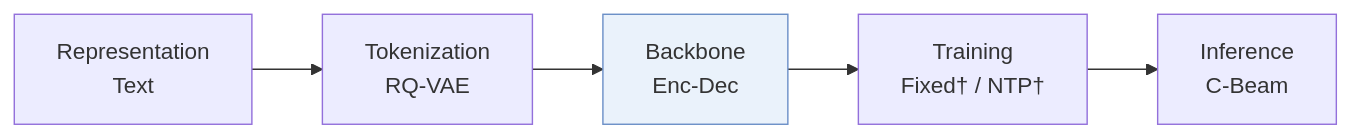
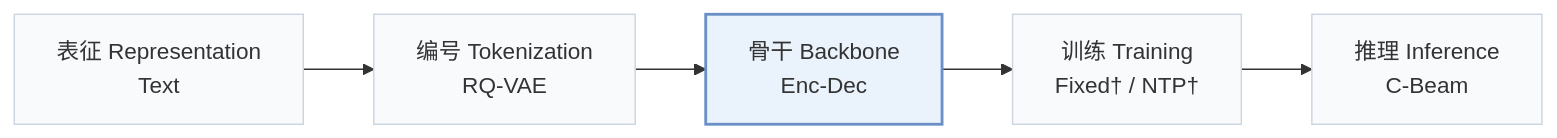
The first of 2 diagrams in pages/zh/papers/trierec.md (Galaxy-ghost/Awesome-SID-Generative-Rec), drawn with Mermaid before and after one commit. The commit also changed other lines of this file and 649 other files, not shown here.

Commit message:
writer-05: also tags and modality index (schema, check, build, visuals); summary field removed; calibration data for 12 papers

````diff
--- a/pages/zh/papers/trierec.md
+++ b/pages/zh/papers/trierec.md
@@ -13,6 +15,8 @@
 ```mermaid
 flowchart LR
-    R["Representation<br/>Text"] --> T["Tokenization<br/>RQ-VAE"] --> B["Backbone<br/>Enc-Dec"] --> TR["Training<br/>Fixed† / NTP†"] --> I["Inference<br/>C-Beam"]
-    classDef main fill:#eaf2fb,stroke:#6b8fc7
+    R["表征 Representation<br/>Text"] --> T["编号 Tokenization<br/>RQ-VAE"] --> B["骨干 Backbone<br/>Enc-Dec"] --> TR["训练 Training<br/>Fixed† / NTP†"] --> I["推理 Inference<br/>C-Beam"]
+    classDef base fill:#f8fafc,stroke:#cbd5e1
+    class R,T,B,TR,I base
+    classDef main fill:#eaf2fb,stroke:#6b8fc7,stroke-width:2px
     class B main
 ```
````
